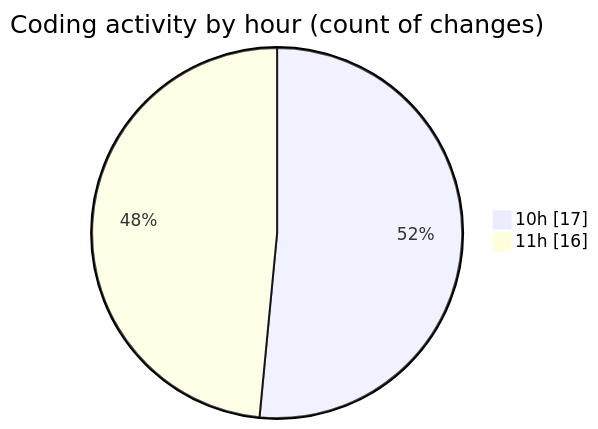
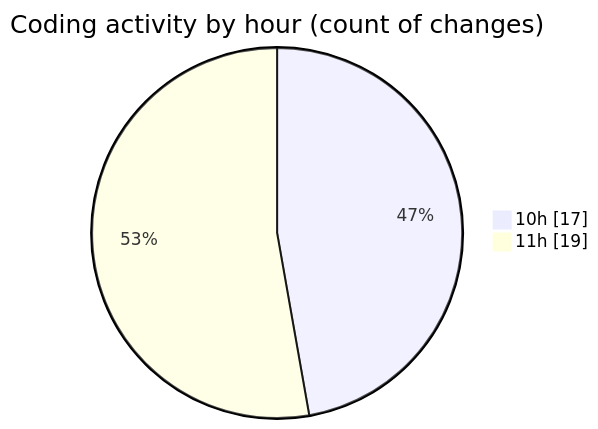
Before and after one commit to momahboobian/code-tracking: the second of 2 diagrams in 2025-10-06/cda/README.md, drawn with Mermaid. The commit also changed other lines of this file and 1 other file, not shown here.

````diff
--- a/2025-10-06/cda/README.md
+++ b/2025-10-06/cda/README.md
@@ -32,6 +32,6 @@
 ```mermaid
 pie showData
 title Coding activity by hour (count of changes)
 "10h" : 17
-"11h" : 16
+"11h" : 19
 ```
````
